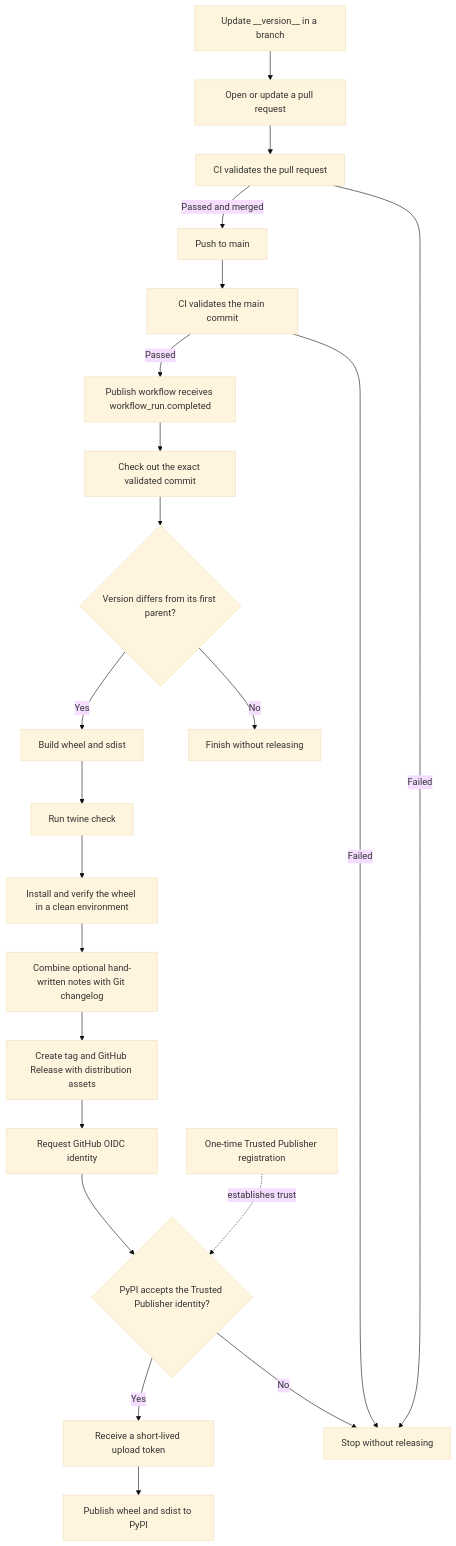
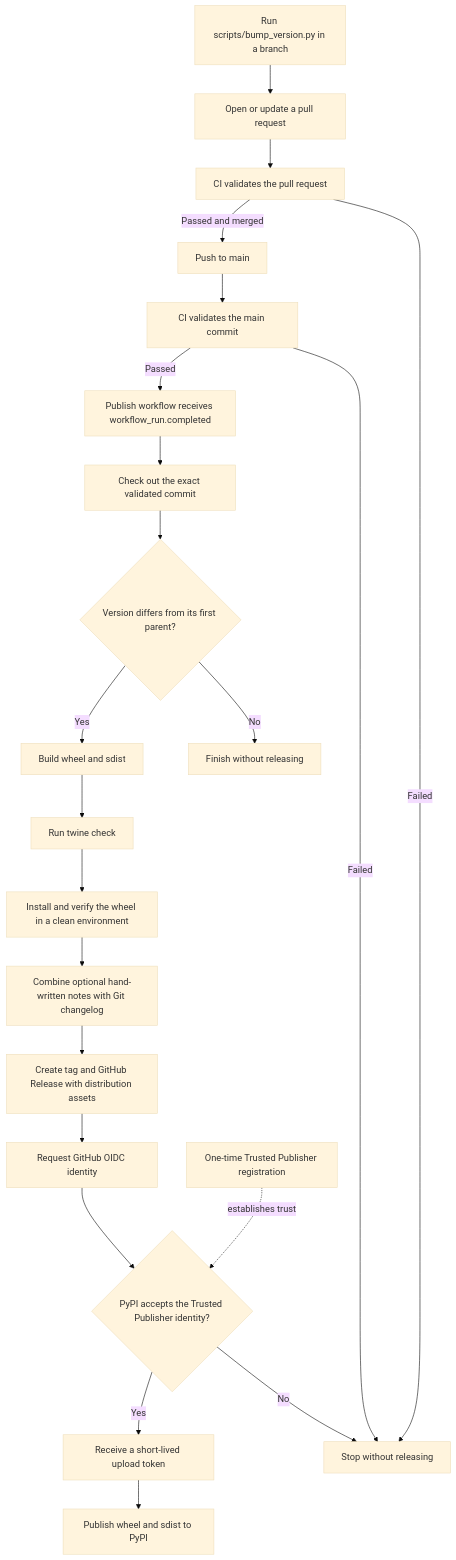
The diagram in docs/development/releasing.md (scarletkc/Perenna), drawn with Mermaid (base theme) before and after one commit. The commit also changed other lines of this file and 27 other files, not shown here.

````diff
--- a/docs/development/releasing.md
+++ b/docs/development/releasing.md
@@ -25,25 +25,25 @@
 ```mermaid
 flowchart TD
-    A[Update __version__ in a branch] --> B[Open or update a pull request]
+    A[Run scripts/bump_version.py in a branch] --> B[Open or update a pull request]
     B --> C[CI validates the pull request]
     C -- Failed --> X[Stop without releasing]
     C -- Passed and merged --> D[Push to main]
     D --> E[CI validates the main commit]
     E -- Failed --> X
     E -- Passed --> F[Publish workflow receives workflow_run.completed]
     F --> G[Check out the exact validated commit]
     G --> H{Version differs from its first parent?}
     H -- No --> Y[Finish without releasing]
     H -- Yes --> I[Build wheel and sdist]
     I --> J[Run twine check]
     J --> K[Install and verify the wheel in a clean environment]
     K --> L[Combine optional hand-written notes with Git changelog]
     L --> M[Create tag and GitHub Release with distribution assets]
     M --> N[Request GitHub OIDC identity]
     N --> O{PyPI accepts the Trusted Publisher identity?}
     O -- No --> X
     O -- Yes --> P[Receive a short-lived upload token]
     P --> Q[Publish wheel and sdist to PyPI]
 
     R[One-time Trusted Publisher registration] -. establishes trust .-> O
 ```
````
